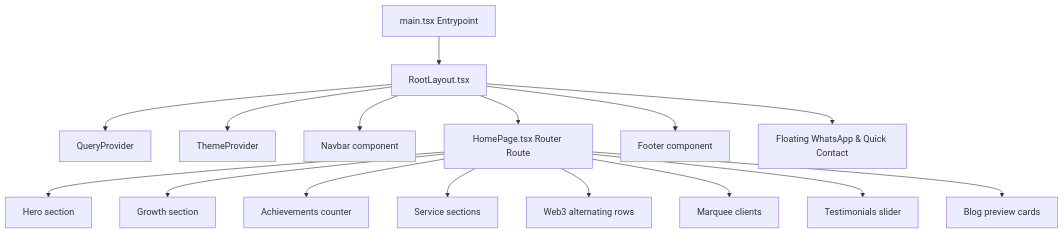
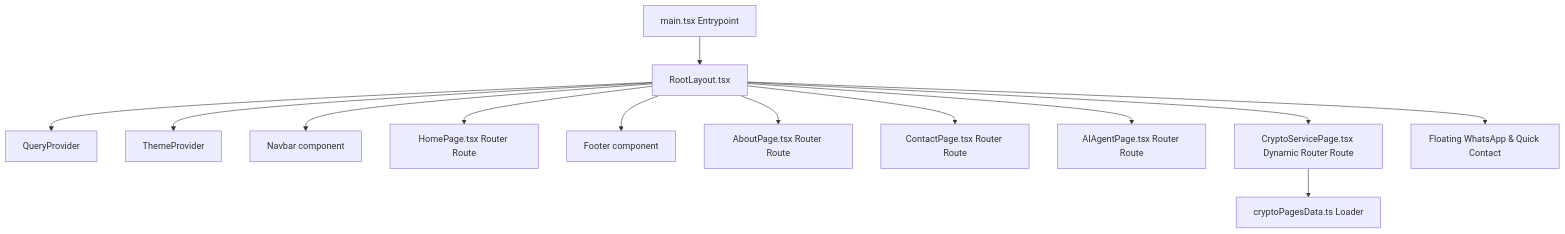
The diagram in onpkg_docs/implementation.md (aswin402/eon8), drawn with Mermaid before and after one commit. The commit also changed other lines of this file and 3 other files, not shown here.

Commit message:
Update docs (PRD, Content, Implementation, Design) to sync with About Us and Crypto pages

````diff
--- a/onpkg_docs/implementation.md
+++ b/onpkg_docs/implementation.md
@@ -7,18 +7,15 @@
 ```mermaid
 graph TD
   A[main.tsx Entrypoint] --> B[RootLayout.tsx]
   B --> C[QueryProvider]
   B --> D[ThemeProvider]
   B --> E[Navbar component]
   B --> F[HomePage.tsx Router Route]
   B --> G[Footer component]
-  F --> H[Hero section]
-  F --> I[Growth section]
-  F --> J[Achievements counter]
-  F --> K[Service sections]
-  F --> L[Web3 alternating rows]
-  F --> M[Marquee clients]
-  F --> N[Testimonials slider]
-  F --> O[Blog preview cards]
-  B --> P[Floating WhatsApp & Quick Contact]
+  B --> H[AboutPage.tsx Router Route]
+  B --> I[ContactPage.tsx Router Route]
+  B --> J[AIAgentPage.tsx Router Route]
+  B --> K[CryptoServicePage.tsx Dynamic Router Route]
+  K --> L[cryptoPagesData.ts Loader]
+  B --> M[Floating WhatsApp & Quick Contact]
 ```
````
